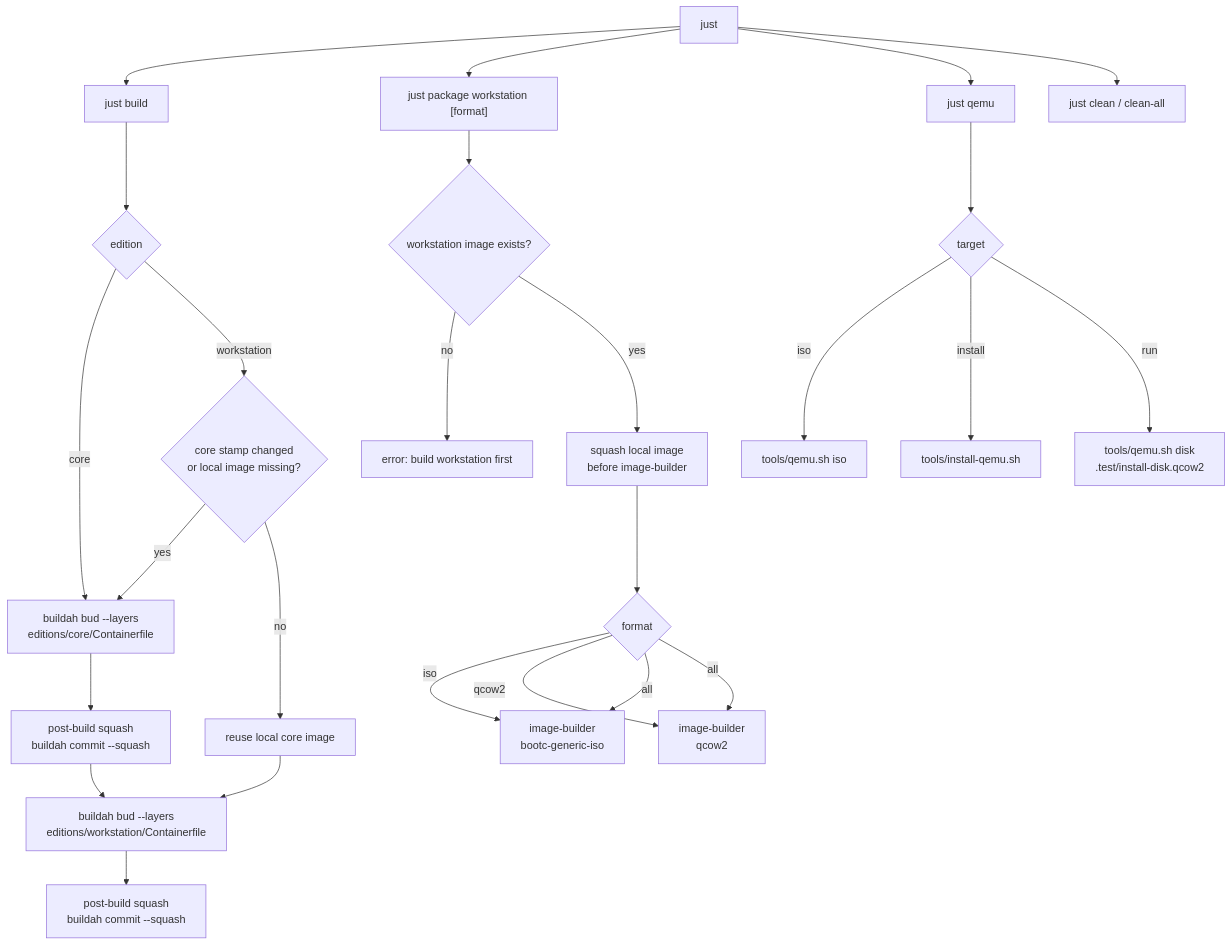
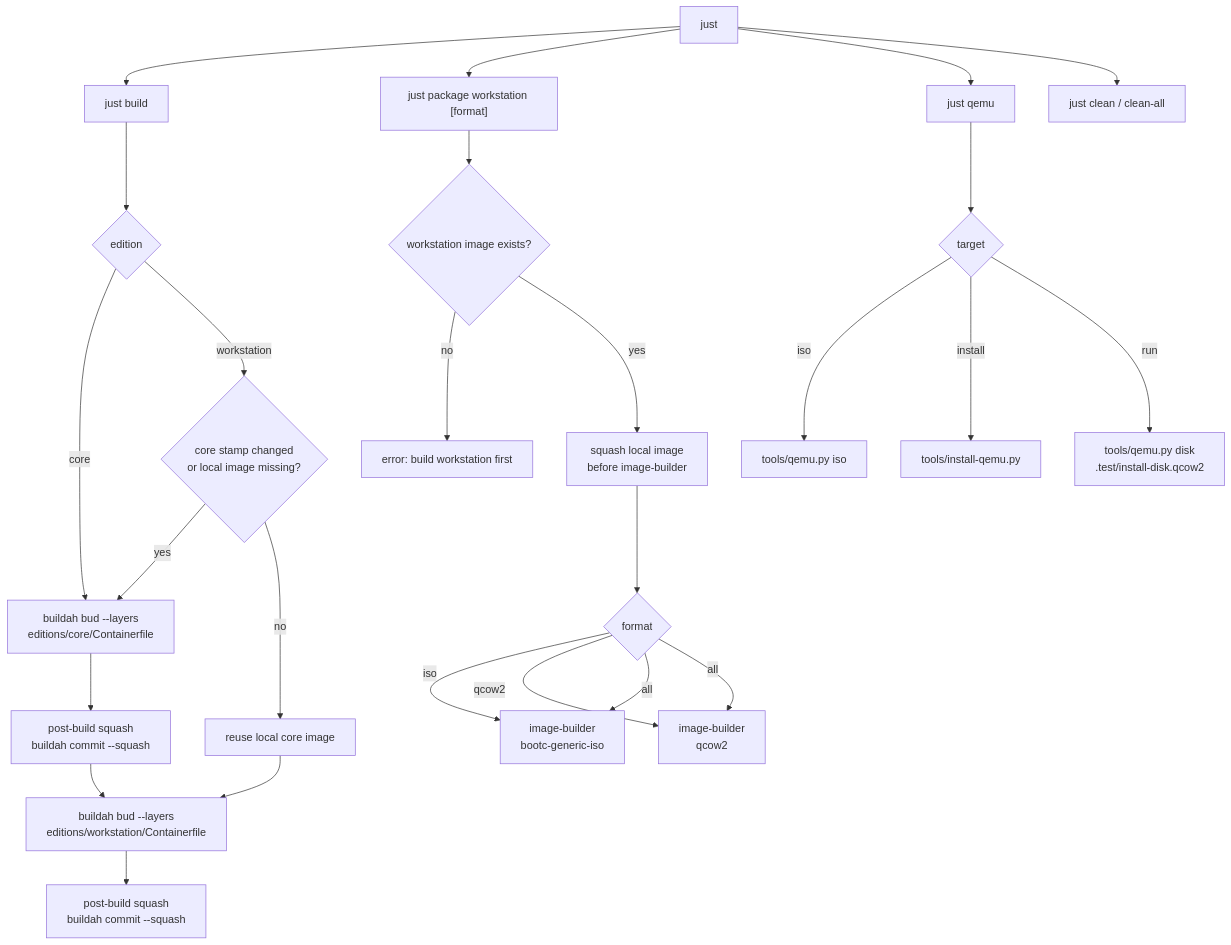
The second of 14 diagrams in ARCHITECTURE.md (luminusOS/images), drawn with Mermaid before and after one commit. The commit also changed other lines of this file and 102 other files, not shown here.

````diff
--- a/ARCHITECTURE.md
+++ b/ARCHITECTURE.md
@@ -136,37 +136,37 @@
 ```mermaid
 flowchart TD
     Start["just <recipe>"]
     Build["just build <edition>"]
     Package["just package workstation [format]"]
     Qemu["just qemu <target>"]
     Clean["just clean / clean-all"]
 
     Start --> Build
     Start --> Package
     Start --> Qemu
     Start --> Clean
 
     Build --> Edition{"edition"}
     Edition -->|core| BuildCore["buildah bud --layers<br/>editions/core/Containerfile"]
     Edition -->|workstation| CoreStamp{"core stamp changed<br/>or local image missing?"}
     CoreStamp -->|yes| BuildCore
     CoreStamp -->|no| ReuseCore["reuse local core image"]
     BuildCore --> SquashCore["post-build squash<br/>buildah commit --squash"]
     SquashCore --> BuildWorkstation["buildah bud --layers<br/>editions/workstation/Containerfile"]
     ReuseCore --> BuildWorkstation
     BuildWorkstation --> SquashWorkstation["post-build squash<br/>buildah commit --squash"]
 
     Package --> ImageExists{"workstation image exists?"}
     ImageExists -->|no| PackageError["error: build workstation first"]
     ImageExists -->|yes| PackageSquash["squash local image<br/>before image-builder"]
     PackageSquash --> Format{"format"}
     Format -->|iso| ISO["image-builder<br/>bootc-generic-iso"]
     Format -->|qcow2| QCOW2["image-builder<br/>qcow2"]
     Format -->|all| ISO
     Format -->|all| QCOW2
 
     Qemu --> Target{"target"}
-    Target -->|iso| QemuISO["tools/qemu.sh iso"]
-    Target -->|install| QemuInstall["tools/install-qemu.sh"]
-    Target -->|run| QemuRun["tools/qemu.sh disk<br/>.test/install-disk.qcow2"]
+    Target -->|iso| QemuISO["tools/qemu.py iso"]
+    Target -->|install| QemuInstall["tools/install-qemu.py"]
+    Target -->|run| QemuRun["tools/qemu.py disk<br/>.test/install-disk.qcow2"]
 ```
````
